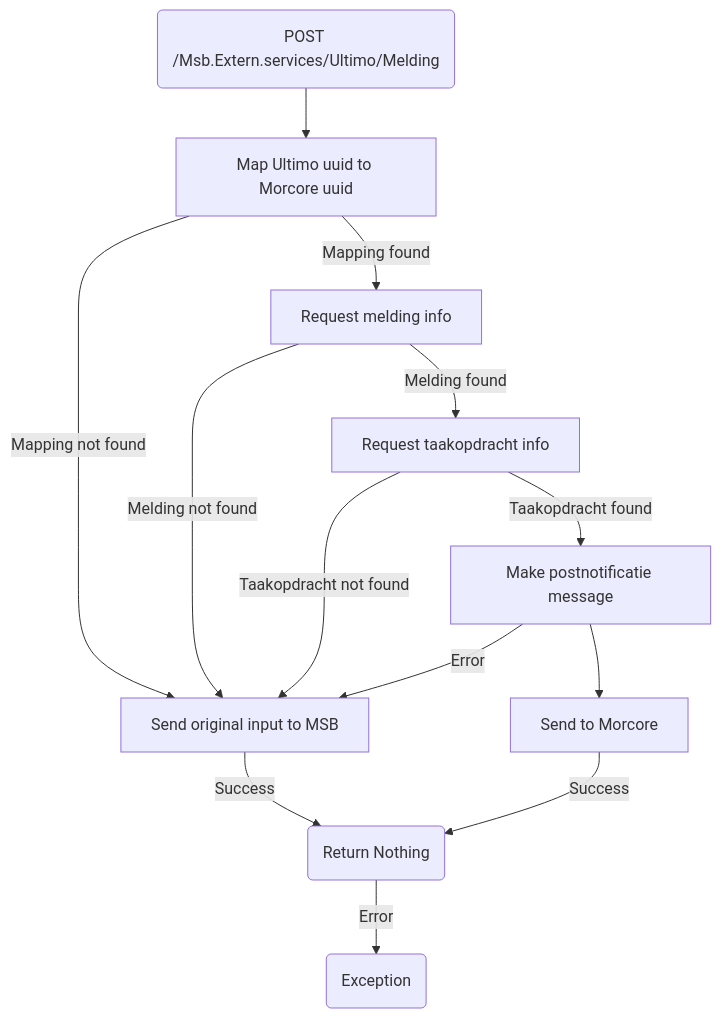
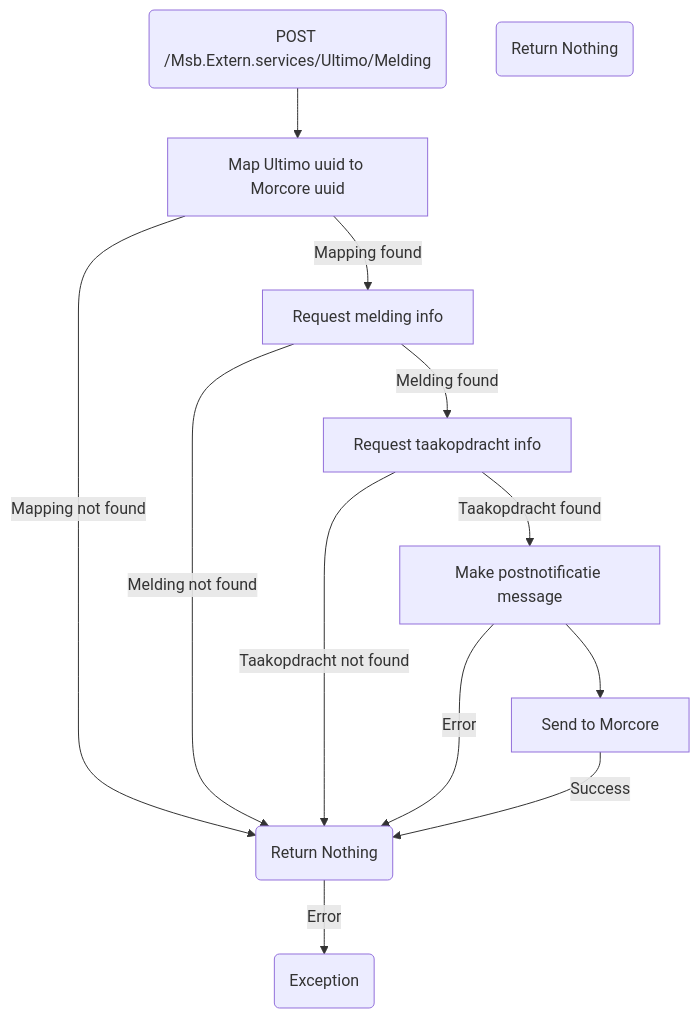
Before and after one commit to wearefrank/morcoreintegration: the diagram in docusaurus/docs/morcoreintegration/frank/postnotificatie.md, drawn with Mermaid. The commit also changed other lines of this file and 5 other files, not shown here.

````diff
--- a/docusaurus/docs/morcoreintegration/frank/postnotificatie.md
+++ b/docusaurus/docs/morcoreintegration/frank/postnotificatie.md
@@ -16,21 +16,20 @@
 ```mermaid
 flowchart TD
     A("POST /Msb.Extern.services/Ultimo/Melding") --> B[Map Ultimo uuid to Morcore uuid]
     B -->|Mapping found| C[Request melding info]
     C -->|Melding found| D[Request taakopdracht info]
     D -->|Taakopdracht found| E[Make postnotificatie message]
     E --> F[Send to Morcore]
-    
-    G[Send original input to MSB]
+
+    G(Return Nothing)
     B -->|Mapping not found| G
     C -->|Melding not found| G
     D -->|Taakopdracht not found| G
-    E -->|Error| G
     
     H(Return Nothing)
-    G -->|Success| H
-    F -->|Success| H
+    E -->|Error| G
+    F -->|Success| G
 
     I(Exception)
-    H --> |Error| I
+    G --> |Error| I
 ```
````
